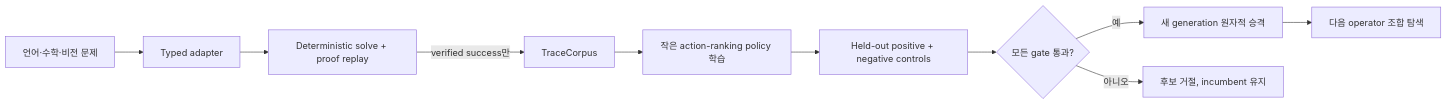
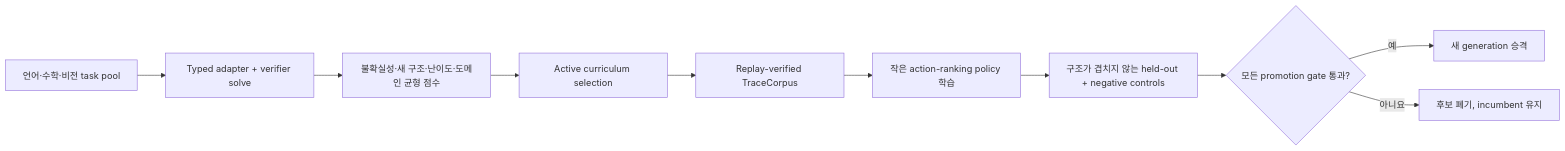
One commit to gitUserKHS/semop_local_4060 changed the diagram in docs/verifier_gated_self_learning.md. Above: the diagram before and after it, drawn with Mermaid. The commit also changed other lines of this file and 16 other files, not shown here.

Commit message:
Add active structural self-learning curriculum

````diff
--- a/docs/verifier_gated_self_learning.md
+++ b/docs/verifier_gated_self_learning.md
@@ -10,12 +13,12 @@
 ```mermaid
 flowchart LR
-    A["언어·수학·비전 문제"] --> B["Typed adapter"]
-    B --> C["Deterministic solve + proof replay"]
-    C -->|"verified success만"| D["TraceCorpus"]
-    D --> E["작은 action-ranking policy 학습"]
-    E --> F["Held-out positive + negative controls"]
-    F --> G{"모든 gate 통과?"}
-    G -->|"예"| H["새 generation 원자적 승격"]
-    G -->|"아니오"| I["후보 거절, incumbent 유지"]
-    H --> J["다음 operator 조합 탐색"]
+    A["언어·수학·비전 task pool"] --> B["Typed adapter + verifier solve"]
+    B --> C["불확실성·새 구조·난이도·도메인 균형 점수"]
+    C --> D["Active curriculum selection"]
+    D --> E["Replay-verified TraceCorpus"]
+    E --> F["작은 action-ranking policy 학습"]
+    F --> G["구조가 겹치지 않는 held-out + negative controls"]
+    G --> H{"모든 promotion gate 통과?"}
+    H -->|예| I["새 generation 승격"]
+    H -->|아니요| J["후보 폐기, incumbent 유지"]
 ```
````
